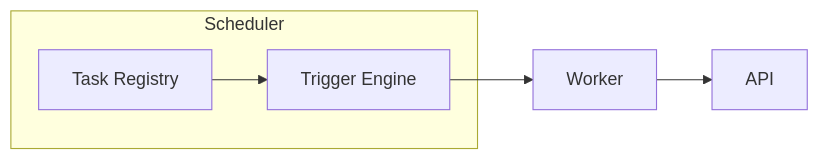
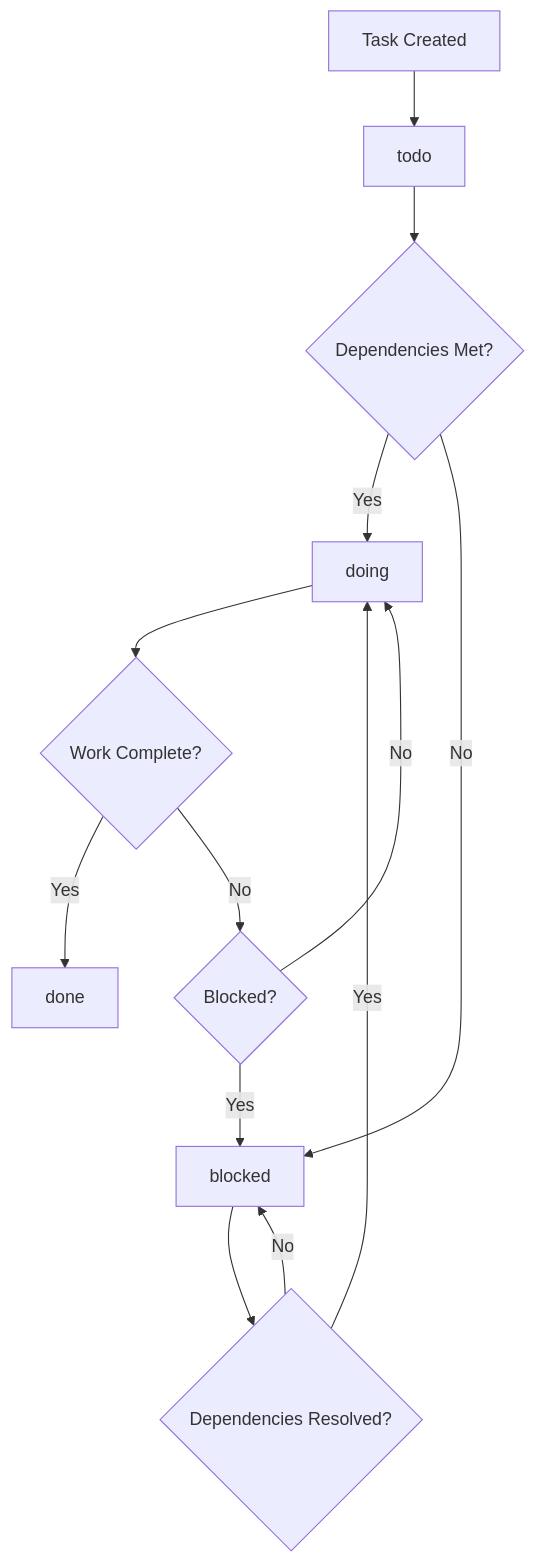
The third of 3 diagrams in docs/docs/tasks.md (tarsonis125/mcp-crawl4ai-rag-ChromaDB-V1), drawn with Mermaid before and after one commit. The commit also changed other lines of this file and 5 other files, not shown here.

````diff
--- a/docs/docs/tasks.md
+++ b/docs/docs/tasks.md
@@ -22,8 +930,15 @@
 ```mermaid
-flowchart LR
-  subgraph Scheduler
-    A[Task Registry] --> B[Trigger Engine]
-  end
-  B --> C[Worker]
-  C --> D[API]
+flowchart TD
+    A[Task Created] --> B[todo]
+    B --> C{Dependencies Met?}
+    C -->|Yes| D[doing]
+    C -->|No| E[blocked]
+    E --> F{Dependencies Resolved?}
+    F -->|Yes| D
+    F -->|No| E
+    D --> G{Work Complete?}
+    G -->|Yes| H[done]
+    G -->|No| I{Blocked?}
+    I -->|Yes| E
+    I -->|No| D
 ```
````
